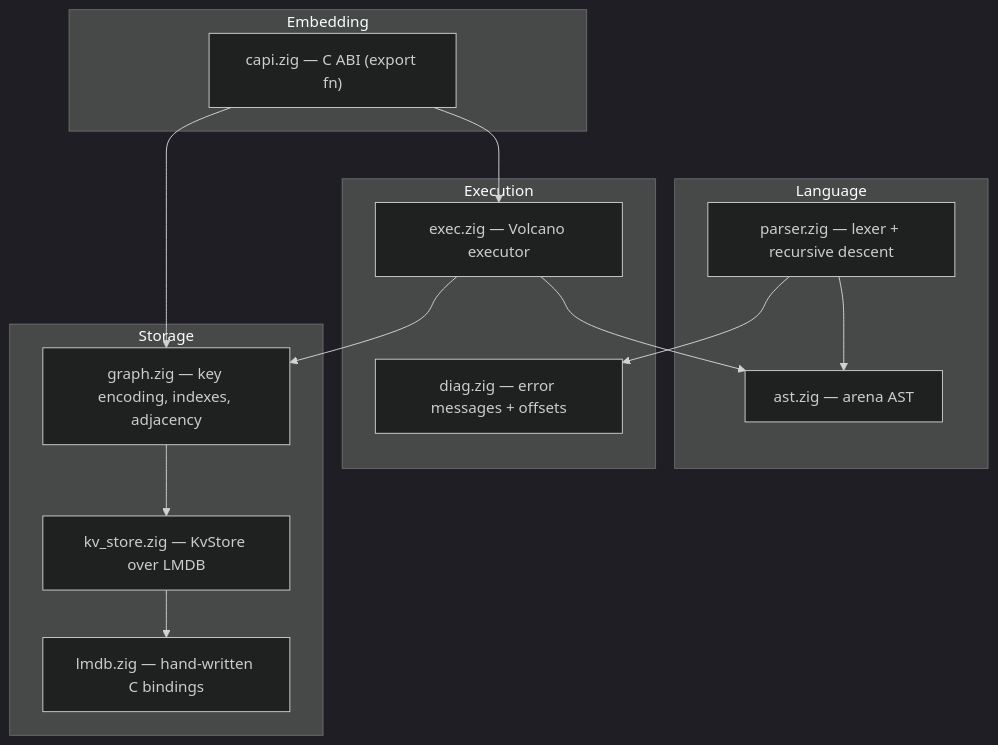
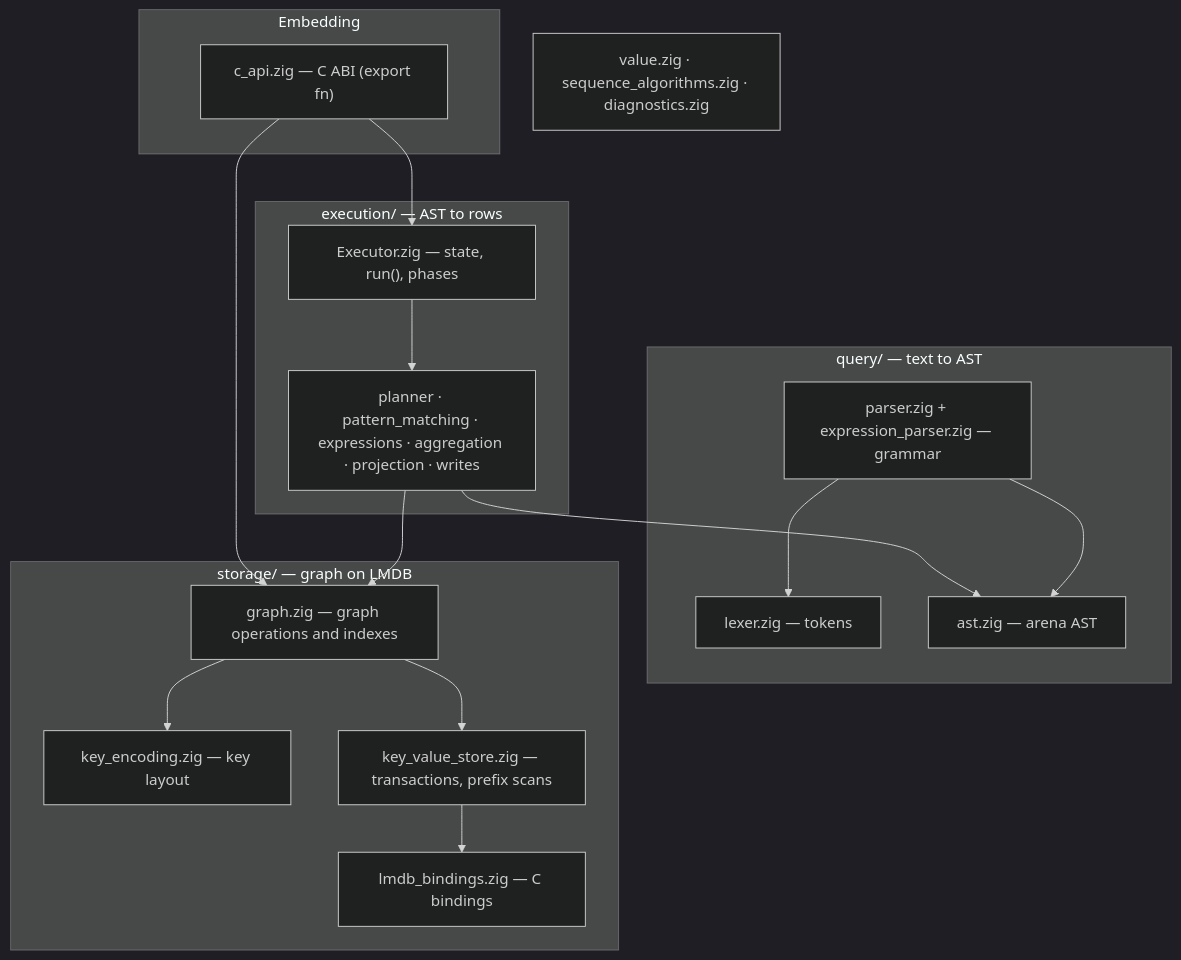
The first of 2 diagrams in docs/guide/architecture.md (acasadom/zypherdb), drawn with Mermaid (dark theme) before and after one commit. The commit also changed other lines of this file and 6 other files, not shown here.

````diff
--- a/docs/guide/architecture.md
+++ b/docs/guide/architecture.md
@@ -35,28 +41,33 @@
 ```{mermaid}
 flowchart TB
   subgraph embed["Embedding"]
-    CAPI["capi.zig — C ABI (export fn)"]
+    CAPI["c_api.zig — C ABI (export fn)"]
   end
-  subgraph lang["Language"]
-    Parser["parser.zig — lexer + recursive descent"]
+  subgraph query["query/ — text to AST"]
+    Lexer["lexer.zig — tokens"]
+    Parser["parser.zig + expression_parser.zig — grammar"]
     AST["ast.zig — arena AST"]
   end
-  subgraph exec["Execution"]
-    Exec["exec.zig — Volcano executor"]
-    Diag["diag.zig — error messages + offsets"]
+  subgraph execution["execution/ — AST to rows"]
+    Executor["Executor.zig — state, run(), phases"]
+    Steps["planner · pattern_matching · expressions · aggregation · projection · writes"]
   end
-  subgraph storage["Storage"]
-    Graph["graph.zig — key encoding, indexes, adjacency"]
-    KV["kv_store.zig — KvStore over LMDB"]
-    LMDB["lmdb.zig — hand-written C bindings"]
+  subgraph storage["storage/ — graph on LMDB"]
+    Graph["graph.zig — graph operations and indexes"]
+    Keys["key_encoding.zig — key layout"]
+    KV["key_value_store.zig — transactions, prefix scans"]
+    LMDB["lmdb_bindings.zig — C bindings"]
   end
+  Shared["value.zig · sequence_algorithms.zig · diagnostics.zig"]
 
-  CAPI --> Exec
+  CAPI --> Executor
   CAPI --> Graph
-  Exec --> AST
-  Exec --> Graph
+  Executor --> Steps
+  Steps --> AST
+  Steps --> Graph
+  Parser --> Lexer
   Parser --> AST
-  Parser --> Diag
+  Graph --> Keys
   Graph --> KV
   KV --> LMDB
 ```
````
